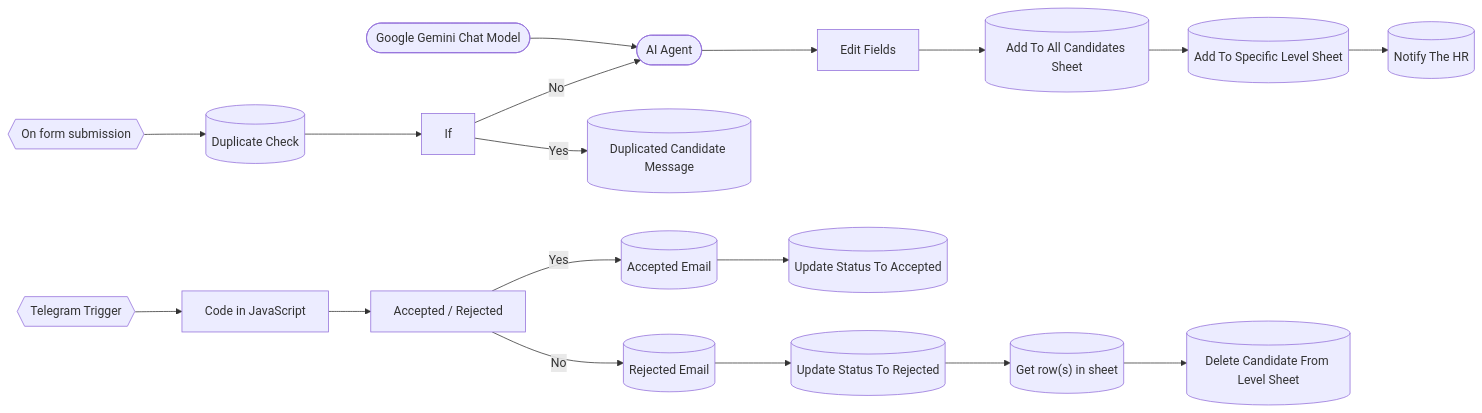
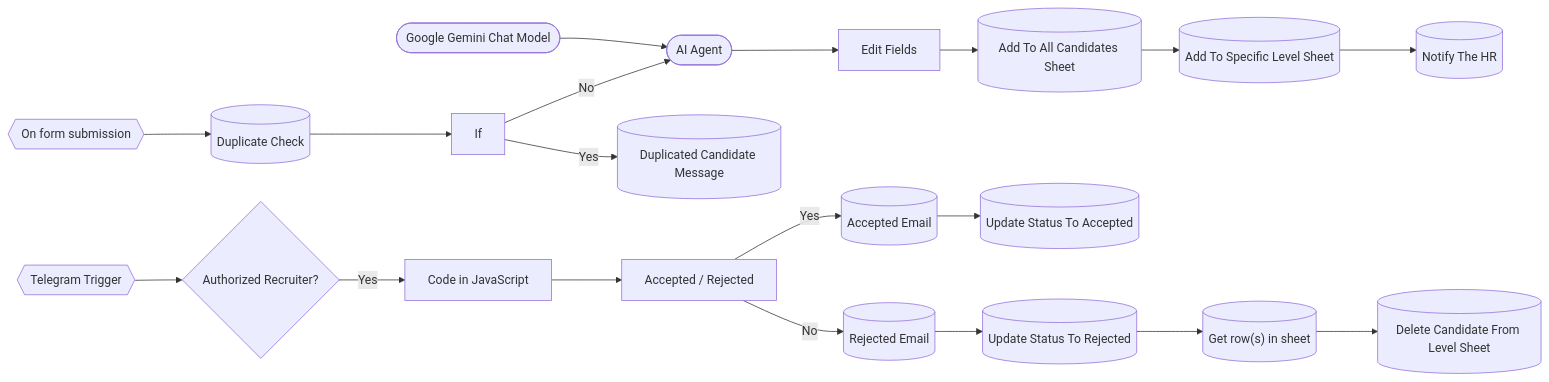
The second of 2 diagrams in automated-HR-recruitment-assistant/README.md (Omar-Ayman0/n8n-ai-automation-projects), drawn with Mermaid before and after one commit. The commit also changed other lines of this file and 18 other files, not shown here.

````diff
--- a/automated-HR-recruitment-assistant/README.md
+++ b/automated-HR-recruitment-assistant/README.md
@@ -157,39 +160,41 @@
 ```mermaid
 flowchart LR
   N0{{"On form submission"}}
   N1(["AI Agent"])
   N2["Edit Fields"]
   N3[("Duplicate Check")]
   N4["If"]
   N5[("Duplicated Candidate Message")]
   N6[("Add To All Candidates Sheet")]
   N7[("Add To Specific Level Sheet")]
   N8[("Notify The HR")]
   N9{{"Telegram Trigger"}}
   N10["Code in JavaScript"]
   N11["Accepted / Rejected"]
   N12[("Accepted Email")]
   N13[("Rejected Email")]
   N14[("Update Status To Accepted")]
   N15[("Update Status To Rejected")]
   N16[("Get row(s) in sheet")]
   N17[("Delete Candidate From Level Sheet")]
   N18(["Google Gemini Chat Model"])
   N0 --> N3
   N1 --> N2
   N2 --> N6
   N3 --> N4
   N4 -->|Yes| N5
   N4 -->|No| N1
   N6 --> N7
   N7 --> N8
-  N9 --> N10
+  N19{"Authorized Recruiter?"}
+  N9 --> N19
+  N19 -->|Yes| N10
   N10 --> N11
   N11 -->|Yes| N12
   N11 -->|No| N13
   N12 --> N14
   N13 --> N15
   N15 --> N16
   N16 --> N17
   N18 --> N1
 ```
````
